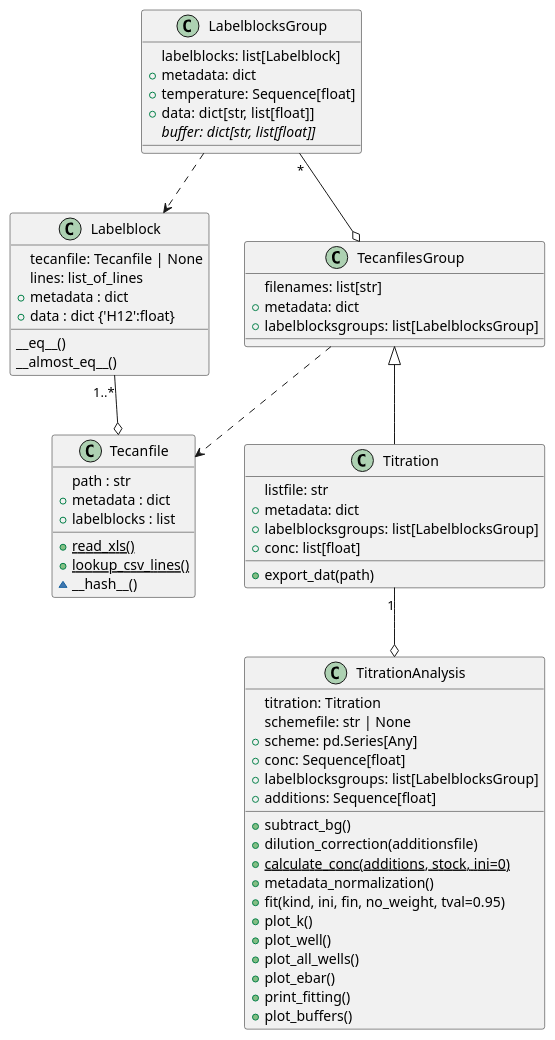
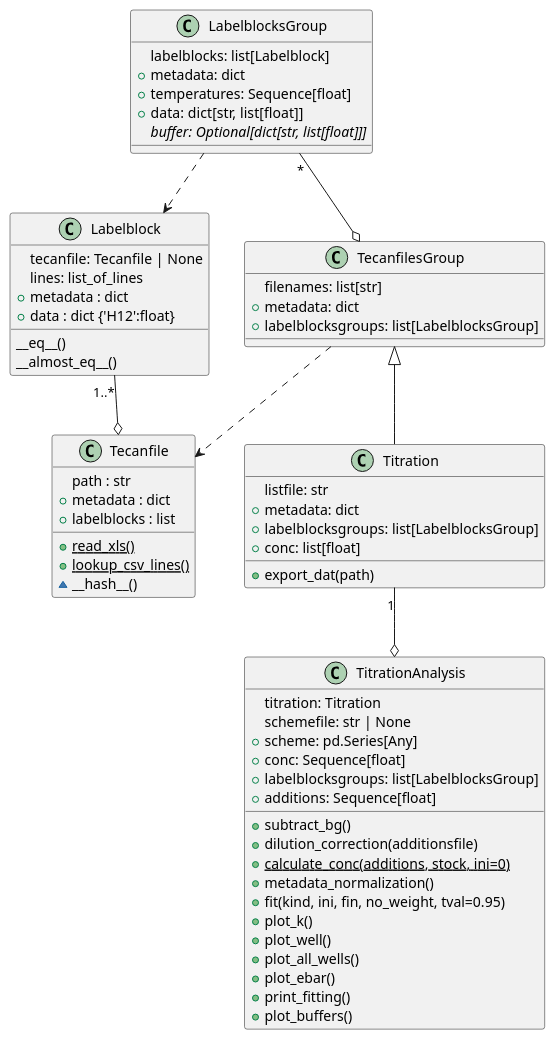
Before and after one commit to darosio/ClopHfit: the second of 2 diagrams in docs/api/api.rst, drawn with PlantUML. The commit also changed 2 other files, not shown here.

Commit message:
fix: temperatures and buffer lblg attributes

```diff
--- a/docs/api/api.rst
+++ b/docs/api/api.rst
@@ -67,70 +67,70 @@
 .. uml::
 
    Labelblock "1..*" --o Tecanfile
 
    class Labelblock{
      tecanfile: Tecanfile | None
      lines: list_of_lines
      +metadata : dict
      +data : dict {'H12':float}
 	 __eq__()
      __almost_eq__()
     }
 
 	class Tecanfile{
 	  path : str
 	  +metadata : dict
 	  +labelblocks : list
 	  {static} +read_xls()
 	  {static} +lookup_csv_lines()
 	  ~__hash__()
     }
 
 	LabelblocksGroup ..> Labelblock
     TecanfilesGroup ..> Tecanfile
 
 	LabelblocksGroup "*" --o TecanfilesGroup
     TecanfilesGroup <|-- Titration
     Titration "1" --o TitrationAnalysis
 
 	class LabelblocksGroup{
 	  labelblocks: list[Labelblock]
 	  +metadata: dict
-	  +temperature: Sequence[float]
+	  +temperatures: Sequence[float]
 	  +data: dict[str, list[float]]
-	  {abstract} buffer: dict[str, list[float]]
+	  {abstract} buffer: Optional[dict[str, list[float]]]
     }
 
 	class TecanfilesGroup{
       filenames: list[str]
 	  +metadata: dict
 	  +labelblocksgroups: list[LabelblocksGroup]
     }
 
 	class Titration{
 	  listfile: str
 	  +metadata: dict
 	  +labelblocksgroups: list[LabelblocksGroup]
 	  +conc: list[float]
 	  +export_dat(path)
     }
 
 	class TitrationAnalysis{
 	  titration: Titration
 	  schemefile: str | None
 	  +scheme: pd.Series[Any]
 	  +conc: Sequence[float]
 	  +labelblocksgroups: list[LabelblocksGroup]
 	  +additions: Sequence[float]
 	  +subtract_bg()
 	  +dilution_correction(additionsfile)
 	  {static} +calculate_conc(additions, stock, ini=0)
 	  +metadata_normalization()
 	  +fit(kind, ini, fin, no_weight, tval=0.95)
 	  +plot_k()
 	  +plot_well()
 	  +plot_all_wells()
 	  +plot_ebar()
 	  +print_fitting()
 	  +plot_buffers()
 	}
```
